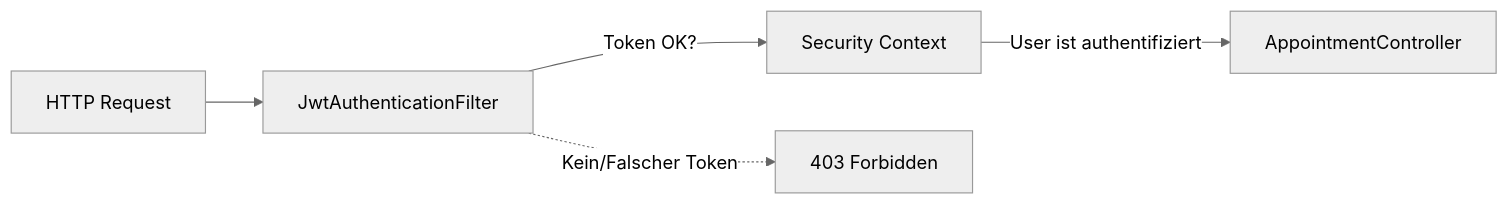
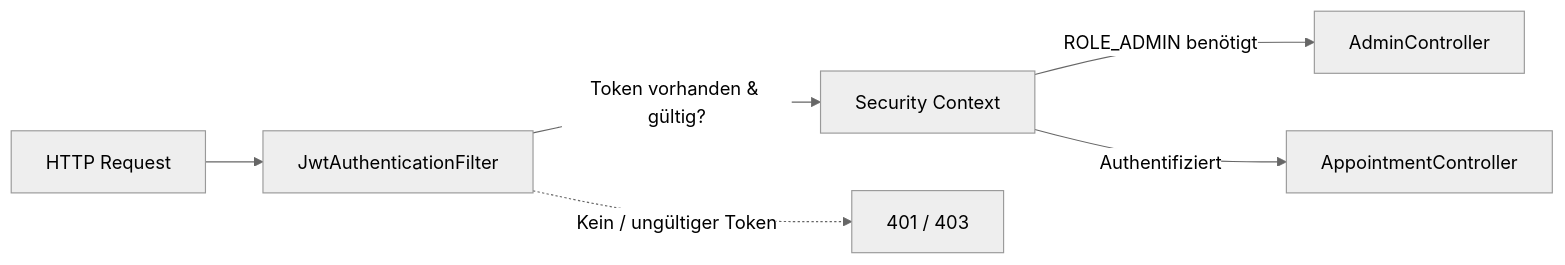
Before and after one commit to kevinnggit/AIprojekt: the diagram in project_learning_hub/05_Security_DeepDive.md, drawn with Mermaid (neutral theme). The commit also changed other lines of this file and 53 other files, not shown here.

````diff
--- a/project_learning_hub/05_Security_DeepDive.md
+++ b/project_learning_hub/05_Security_DeepDive.md
@@ -28,7 +28,8 @@
 ```mermaid
 graph LR
     Request[HTTP Request] --> Filter[JwtAuthenticationFilter]
-    Filter -->|Token OK?| SecurityCtx[Security Context]
-    SecurityCtx -->|User ist authentifiziert| Controller[AppointmentController]
-    Filter -.->|Kein/Falscher Token| Error[403 Forbidden]
+    Filter -->|Token vorhanden & gültig?| SecurityCtx[Security Context]
+    SecurityCtx -->|ROLE_ADMIN benötigt| AdminCtrl[AdminController]
+    SecurityCtx -->|Authentifiziert| AppCtrl[AppointmentController]
+    Filter -.->|Kein / ungültiger Token| Error[401 / 403]
 ```
````
